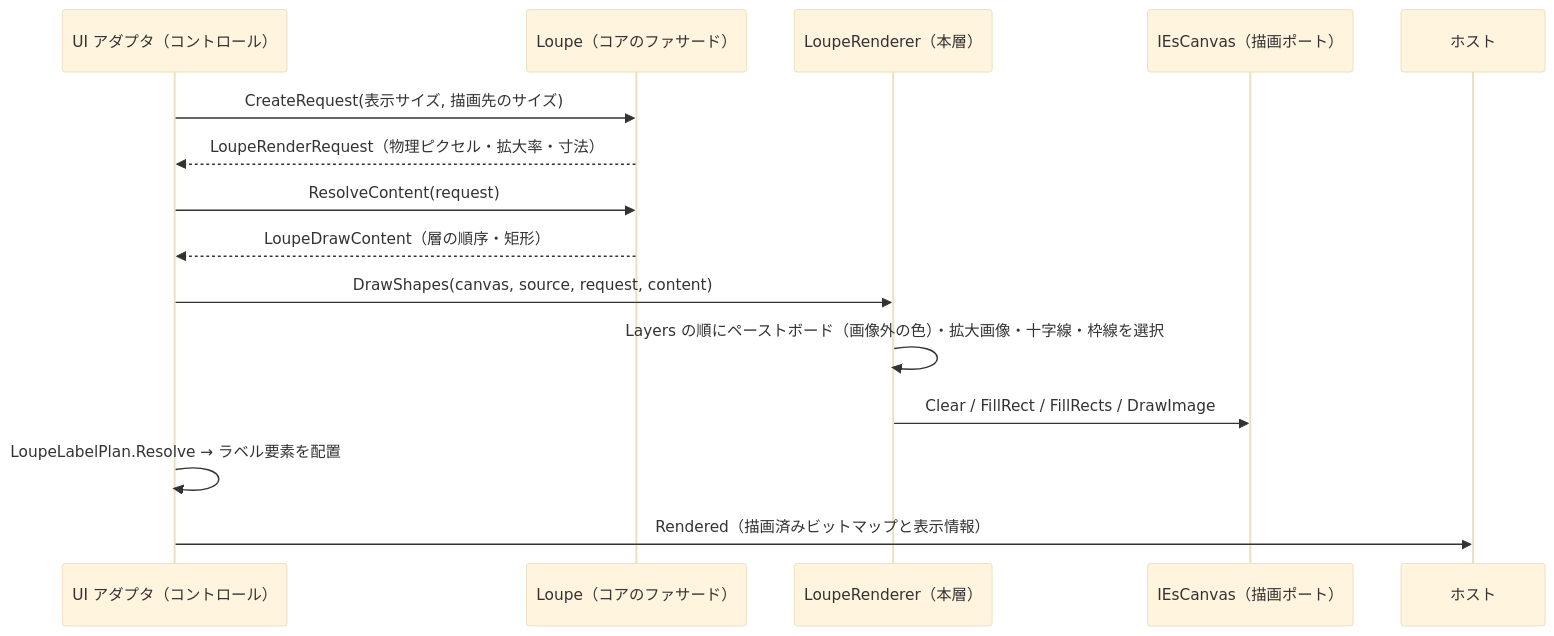
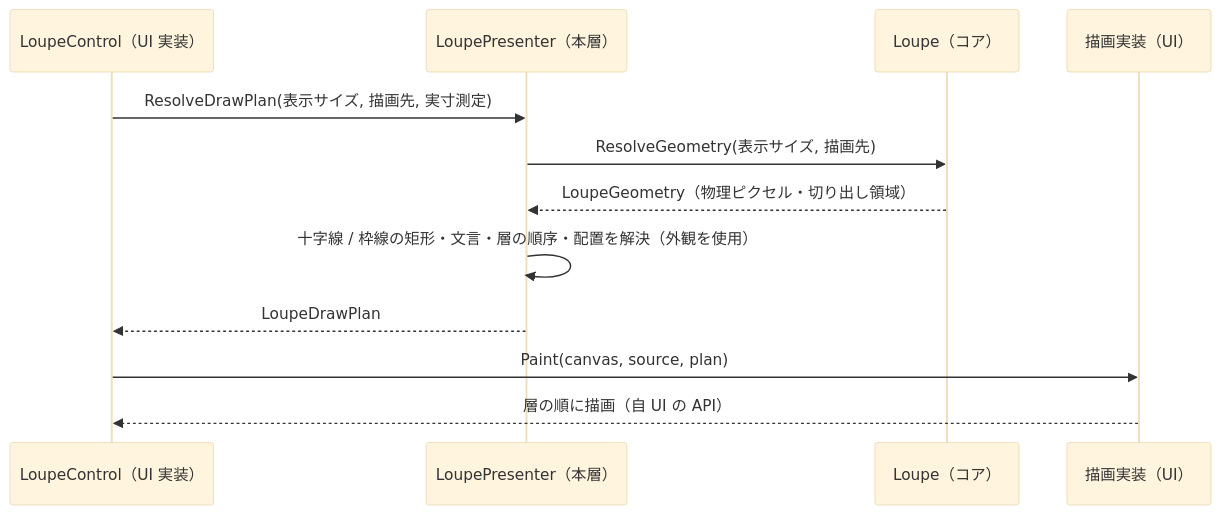
The second of 2 diagrams in src/LoupeControl.UIBase/SPEC_System.md (tomokuni/SaveEvidence), drawn with Mermaid (base theme) before and after one commit. The commit also changed other lines of this file and 92 other files, not shown here.

First line of the commit message:
ルーペを「描画ポート」から「提示（Presenter）＋描画計画」構成へ移行する

````diff
--- a/src/LoupeControl.UIBase/SPEC_System.md
+++ b/src/LoupeControl.UIBase/SPEC_System.md
@@ -54,18 +41,15 @@
 ```mermaid
 sequenceDiagram
-    participant UI as UI アダプタ（コントロール）
-    participant L as Loupe（コアのファサード）
-    participant R as LoupeRenderer（本層）
-    participant C as IEsCanvas（描画ポート）
-    participant H as ホスト
+  participant UI as LoupeControl（UI 実装）
+  participant P as LoupePresenter（本層）
+  participant L as Loupe（コア）
+  participant Painter as 描画実装（UI）
 
-    UI->>L: CreateRequest(表示サイズ, 描画先のサイズ)
-    L-->>UI: LoupeRenderRequest（物理ピクセル・拡大率・寸法）
-    UI->>L: ResolveContent(request)
-    L-->>UI: LoupeDrawContent（層の順序・矩形）
-    UI->>R: DrawShapes(canvas, source, request, content)
-    R->>R: Layers の順にペーストボード（画像外の色）・拡大画像・十字線・枠線を選択
-    R->>C: Clear / FillRect / FillRects / DrawImage
-    UI->>UI: LoupeLabelPlan.Resolve → ラベル要素を配置
-    UI->>H: Rendered（描画済みビットマップと表示情報）
+  UI->>P: ResolveDrawPlan(表示サイズ, 描画先, 実寸測定)
+  P->>L: ResolveGeometry(表示サイズ, 描画先)
+  L-->>P: LoupeGeometry（物理ピクセル・切り出し領域）
+  P->>P: 十字線 / 枠線の矩形・文言・層の順序・配置を解決（外観を使用）
+  P-->>UI: LoupeDrawPlan
+  UI->>Painter: Paint(canvas, source, plan)
+  Painter-->>UI: 層の順に描画（自 UI の API）
 ```
````
